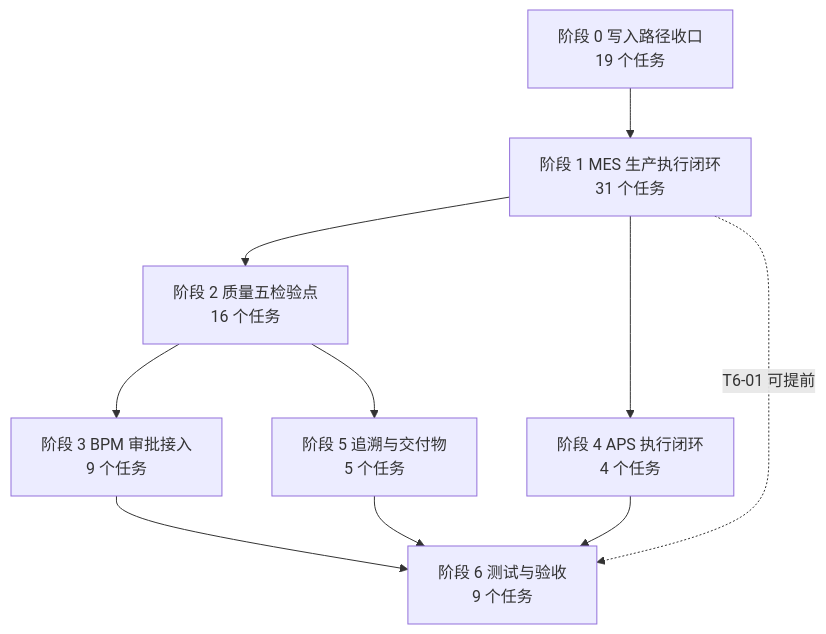
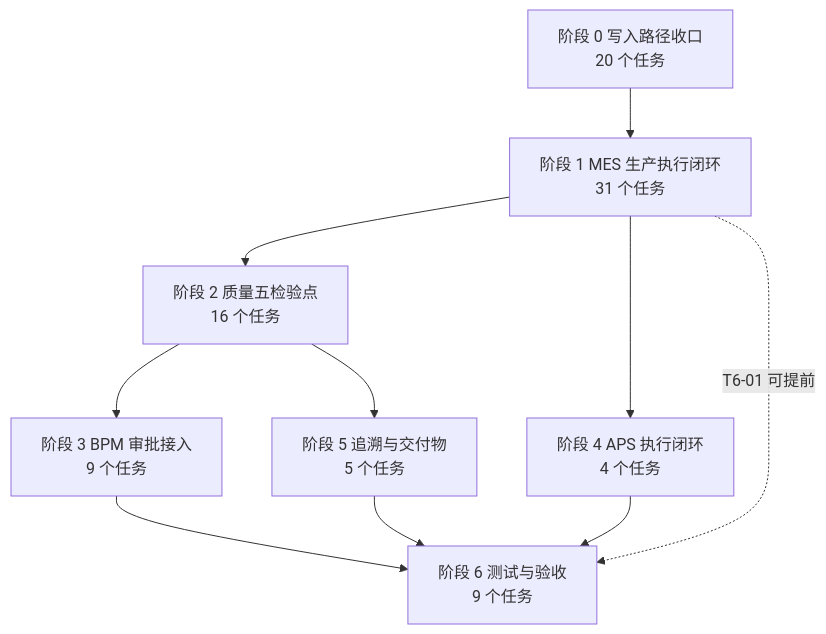
One commit to anganing/iboot changed the diagram in dev-docs/开发任务安排/00-任务总览与执行规则.md. Above: the diagram before and after it, drawn with Mermaid. The commit also changed other lines of this file and 101 other files, not shown here.

````diff
--- a/dev-docs/开发任务安排/00-任务总览与执行规则.md
+++ b/dev-docs/开发任务安排/00-任务总览与执行规则.md
@@ -153,20 +153,20 @@
 ```mermaid
 flowchart TB
-    S0["阶段 0 写入路径收口<br/>19 个任务"]
+    S0["阶段 0 写入路径收口<br/>20 个任务"]
     S1["阶段 1 MES 生产执行闭环<br/>31 个任务"]
     S2["阶段 2 质量五检验点<br/>16 个任务"]
     S3["阶段 3 BPM 审批接入<br/>9 个任务"]
     S4["阶段 4 APS 执行闭环<br/>4 个任务"]
     S5["阶段 5 追溯与交付物<br/>5 个任务"]
     S6["阶段 6 测试与验收<br/>9 个任务"]
 
     S0 --> S1
     S1 --> S2
     S2 --> S3
     S1 --> S4
     S2 --> S5
     S1 -.T6-01 可提前.-> S6
     S3 --> S6
     S4 --> S6
     S5 --> S6
 ```
````
